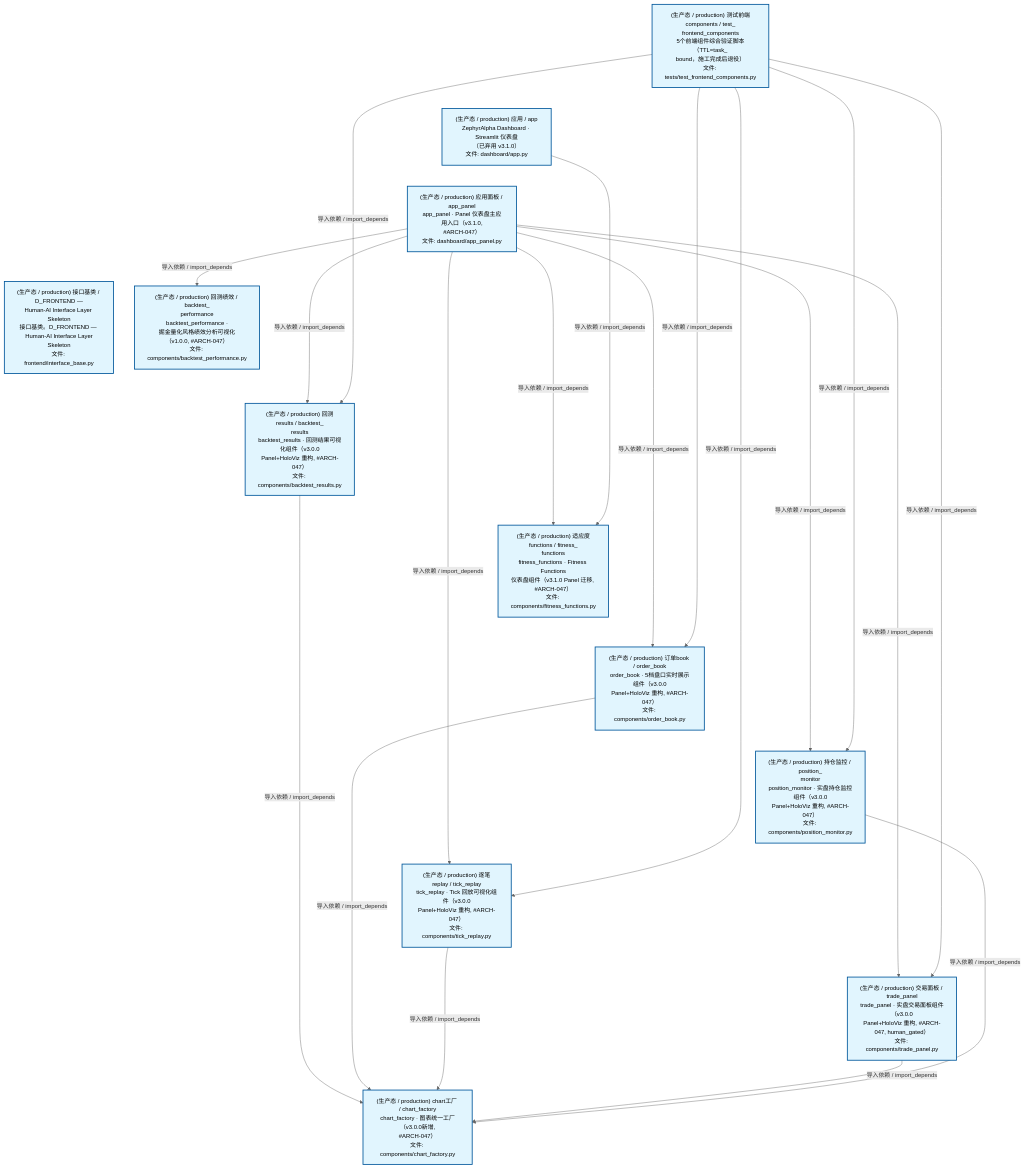
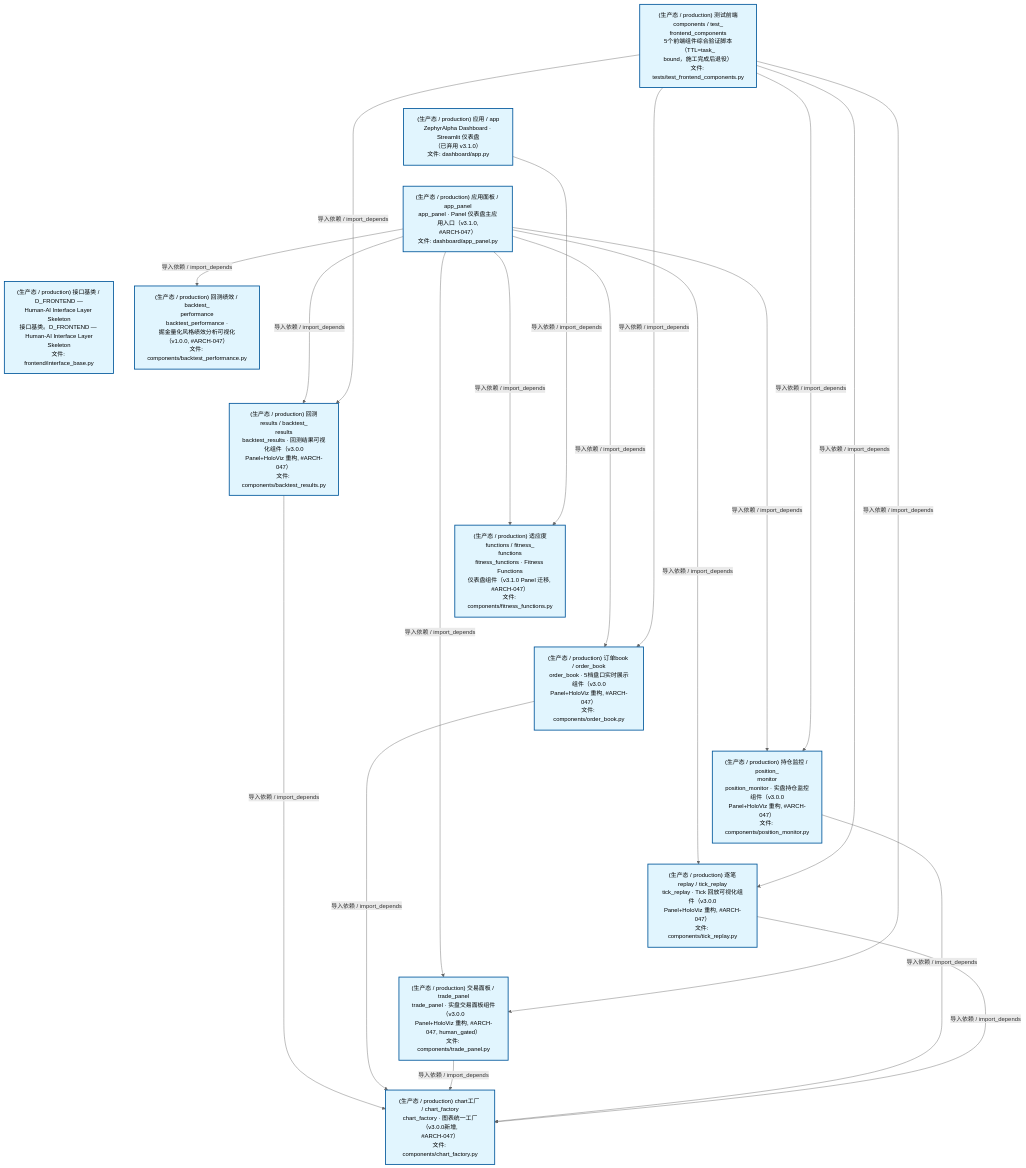
The second of 4 diagrams in docs/02_enterprise_architecture/02_domain_architecture_docs/47_d_frontend.md (xuanFelixVan/ZephyrAlpha), drawn with Mermaid before and after one commit. The commit also changed other lines of this file and 78 other files, not shown here.

````diff
--- a/docs/02_enterprise_architecture/02_domain_architecture_docs/47_d_frontend.md
+++ b/docs/02_enterprise_architecture/02_domain_architecture_docs/47_d_frontend.md
@@ -124,48 +124,48 @@
 ```mermaid
 %%{init: {'theme': 'base', 'themeVariables': {'primaryColor': '#eaeaea', 'primaryTextColor': '#333333', 'primaryBorderColor': '#666666', 'lineColor': '#666666', 'secondaryColor': '#eaeaea', 'tertiaryColor': '#eaeaea', 'fontSize': '14px'}}}%%
 flowchart TD
     scripts_tests_test_frontend_components_py["(生产态 / production) 测试前端components / test_<br/>frontend_components<br/>5个前端组件综合验证脚本（TTL=task_<br/>bound，施工完成后退役）<br/>文件: tests/test_frontend_components.py"]
     src_zephyr_frontend_dashboard_app_py["(生产态 / production) 应用 / app<br/>ZephyrAlpha Dashboard · Streamlit 仪表盘<br/>（已弃用 v3.1.0）<br/>文件: dashboard/app.py"]
     src_zephyr_frontend_dashboard_app_panel_py["(生产态 / production) 应用面板 / app_panel<br/>app_panel · Panel 仪表盘主应用入口（v3.1.0,<br/>#ARCH-047）<br/>文件: dashboard/app_panel.py"]
     src_zephyr_frontend_interface_base_py["(生产态 / production) 接口基类 / D_FRONTEND —<br/>Human-AI Interface Layer Skeleton<br/>接口基类。D_FRONTEND — Human-AI Interface Layer<br/>Skeleton<br/>文件: frontend/interface_base.py"]
     scripts_tests_test_frontend_components_py ~~~ src_zephyr_frontend_dashboard_app_py
     src_zephyr_frontend_dashboard_app_py ~~~ src_zephyr_frontend_dashboard_app_panel_py
     src_zephyr_frontend_dashboard_app_panel_py ~~~ src_zephyr_frontend_interface_base_py
     src_zephyr_frontend_dashboard_components_backtest_performance_py["(生产态 / production) 回测绩效 / backtest_<br/>performance<br/>backtest_performance ·<br/>掘金量化风格绩效分析可视化（v1.0.0, #ARCH-047）<br/>文件: components/backtest_performance.py"]
     src_zephyr_frontend_dashboard_components_backtest_results_py["(生产态 / production) 回测results / backtest_<br/>results<br/>backtest_results · 回测结果可视化组件（v3.0.0<br/>Panel+HoloViz 重构, #ARCH-047）<br/>文件: components/backtest_results.py"]
     src_zephyr_frontend_dashboard_components_fitness_functions_py["(生产态 / production) 适应度functions / fitness_<br/>functions<br/>fitness_functions · Fitness Functions<br/>仪表盘组件（v3.1.0 Panel 迁移, #ARCH-047）<br/>文件: components/fitness_functions.py"]
     src_zephyr_frontend_dashboard_components_order_book_py["(生产态 / production) 订单book / order_book<br/>order_book · 5档盘口实时展示组件（v3.0.0<br/>Panel+HoloViz 重构, #ARCH-047）<br/>文件: components/order_book.py"]
     src_zephyr_frontend_dashboard_components_position_monitor_py["(生产态 / production) 持仓监控 / position_<br/>monitor<br/>position_monitor · 实盘持仓监控组件（v3.0.0<br/>Panel+HoloViz 重构, #ARCH-047）<br/>文件: components/position_monitor.py"]
     src_zephyr_frontend_dashboard_components_tick_replay_py["(生产态 / production) 逐笔replay / tick_replay<br/>tick_replay · Tick 回放可视化组件（v3.0.0<br/>Panel+HoloViz 重构, #ARCH-047）<br/>文件: components/tick_replay.py"]
     src_zephyr_frontend_dashboard_components_trade_panel_py["(生产态 / production) 交易面板 / trade_panel<br/>trade_panel · 实盘交易面板组件（v3.0.0<br/>Panel+HoloViz 重构, #ARCH-047, human_gated）<br/>文件: components/trade_panel.py"]
     src_zephyr_frontend_dashboard_components_backtest_performance_py ~~~ src_zephyr_frontend_dashboard_components_backtest_results_py
     src_zephyr_frontend_dashboard_components_backtest_results_py ~~~ src_zephyr_frontend_dashboard_components_fitness_functions_py
     src_zephyr_frontend_dashboard_components_fitness_functions_py ~~~ src_zephyr_frontend_dashboard_components_order_book_py
     src_zephyr_frontend_dashboard_components_order_book_py ~~~ src_zephyr_frontend_dashboard_components_position_monitor_py
     src_zephyr_frontend_dashboard_components_position_monitor_py ~~~ src_zephyr_frontend_dashboard_components_tick_replay_py
     src_zephyr_frontend_dashboard_components_tick_replay_py ~~~ src_zephyr_frontend_dashboard_components_trade_panel_py
     src_zephyr_frontend_dashboard_components_chart_factory_py["(生产态 / production) chart工厂 / chart_factory<br/>chart_factory · 图表统一工厂（v3.0.0新增,<br/>#ARCH-047）<br/>文件: components/chart_factory.py"]
+    src_zephyr_frontend_dashboard_app_panel_py -->|导入依赖 / import_depends| src_zephyr_frontend_dashboard_components_backtest_results_py
     src_zephyr_frontend_dashboard_app_panel_py -->|导入依赖 / import_depends| src_zephyr_frontend_dashboard_components_fitness_functions_py
     src_zephyr_frontend_dashboard_app_panel_py -->|导入依赖 / import_depends| src_zephyr_frontend_dashboard_components_backtest_performance_py
-    src_zephyr_frontend_dashboard_app_panel_py -->|导入依赖 / import_depends| src_zephyr_frontend_dashboard_components_backtest_results_py
     src_zephyr_frontend_dashboard_app_panel_py -->|导入依赖 / import_depends| src_zephyr_frontend_dashboard_components_order_book_py
-    src_zephyr_frontend_dashboard_app_panel_py -->|导入依赖 / import_depends| src_zephyr_frontend_dashboard_components_tick_replay_py
     src_zephyr_frontend_dashboard_app_panel_py -->|导入依赖 / import_depends| src_zephyr_frontend_dashboard_components_trade_panel_py
     src_zephyr_frontend_dashboard_app_panel_py -->|导入依赖 / import_depends| src_zephyr_frontend_dashboard_components_position_monitor_py
+    src_zephyr_frontend_dashboard_app_panel_py -->|导入依赖 / import_depends| src_zephyr_frontend_dashboard_components_tick_replay_py
     src_zephyr_frontend_dashboard_app_py -->|导入依赖 / import_depends| src_zephyr_frontend_dashboard_components_fitness_functions_py
     src_zephyr_frontend_dashboard_components_backtest_results_py -->|导入依赖 / import_depends| src_zephyr_frontend_dashboard_components_chart_factory_py
     src_zephyr_frontend_dashboard_components_order_book_py -->|导入依赖 / import_depends| src_zephyr_frontend_dashboard_components_chart_factory_py
-    src_zephyr_frontend_dashboard_components_tick_replay_py -->|导入依赖 / import_depends| src_zephyr_frontend_dashboard_components_chart_factory_py
     src_zephyr_frontend_dashboard_components_trade_panel_py -->|导入依赖 / import_depends| src_zephyr_frontend_dashboard_components_chart_factory_py
     src_zephyr_frontend_dashboard_components_position_monitor_py -->|导入依赖 / import_depends| src_zephyr_frontend_dashboard_components_chart_factory_py
+    src_zephyr_frontend_dashboard_components_tick_replay_py -->|导入依赖 / import_depends| src_zephyr_frontend_dashboard_components_chart_factory_py
     scripts_tests_test_frontend_components_py -->|导入依赖 / import_depends| src_zephyr_frontend_dashboard_components_backtest_results_py
     scripts_tests_test_frontend_components_py -->|导入依赖 / import_depends| src_zephyr_frontend_dashboard_components_order_book_py
-    scripts_tests_test_frontend_components_py -->|导入依赖 / import_depends| src_zephyr_frontend_dashboard_components_tick_replay_py
     scripts_tests_test_frontend_components_py -->|导入依赖 / import_depends| src_zephyr_frontend_dashboard_components_trade_panel_py
     scripts_tests_test_frontend_components_py -->|导入依赖 / import_depends| src_zephyr_frontend_dashboard_components_position_monitor_py
+    scripts_tests_test_frontend_components_py -->|导入依赖 / import_depends| src_zephyr_frontend_dashboard_components_tick_replay_py
     classDef production fill:#e1f5fe,stroke:#01579b,stroke-width:2px,color:#000
     classDef design fill:#fff3e0,stroke:#e65100,stroke-width:2px,color:#000,stroke-dasharray: 5 5
     classDef external_prod fill:#e8f4fd,stroke:#0277bd,stroke-width:1px,color:#000
     classDef external_design fill:#fff8e7,stroke:#ef6c00,stroke-width:1px,color:#000,stroke-dasharray: 5 5
     class scripts_tests_test_frontend_components_py,src_zephyr_frontend_dashboard_app_py,src_zephyr_frontend_dashboard_app_panel_py,src_zephyr_frontend_dashboard_components_backtest_performance_py,src_zephyr_frontend_dashboard_components_backtest_results_py,src_zephyr_frontend_dashboard_components_chart_factory_py,src_zephyr_frontend_dashboard_components_fitness_functions_py,src_zephyr_frontend_dashboard_components_order_book_py,src_zephyr_frontend_dashboard_components_position_monitor_py,src_zephyr_frontend_dashboard_components_tick_replay_py,src_zephyr_frontend_dashboard_components_trade_panel_py,src_zephyr_frontend_interface_base_py production
 ```
````
